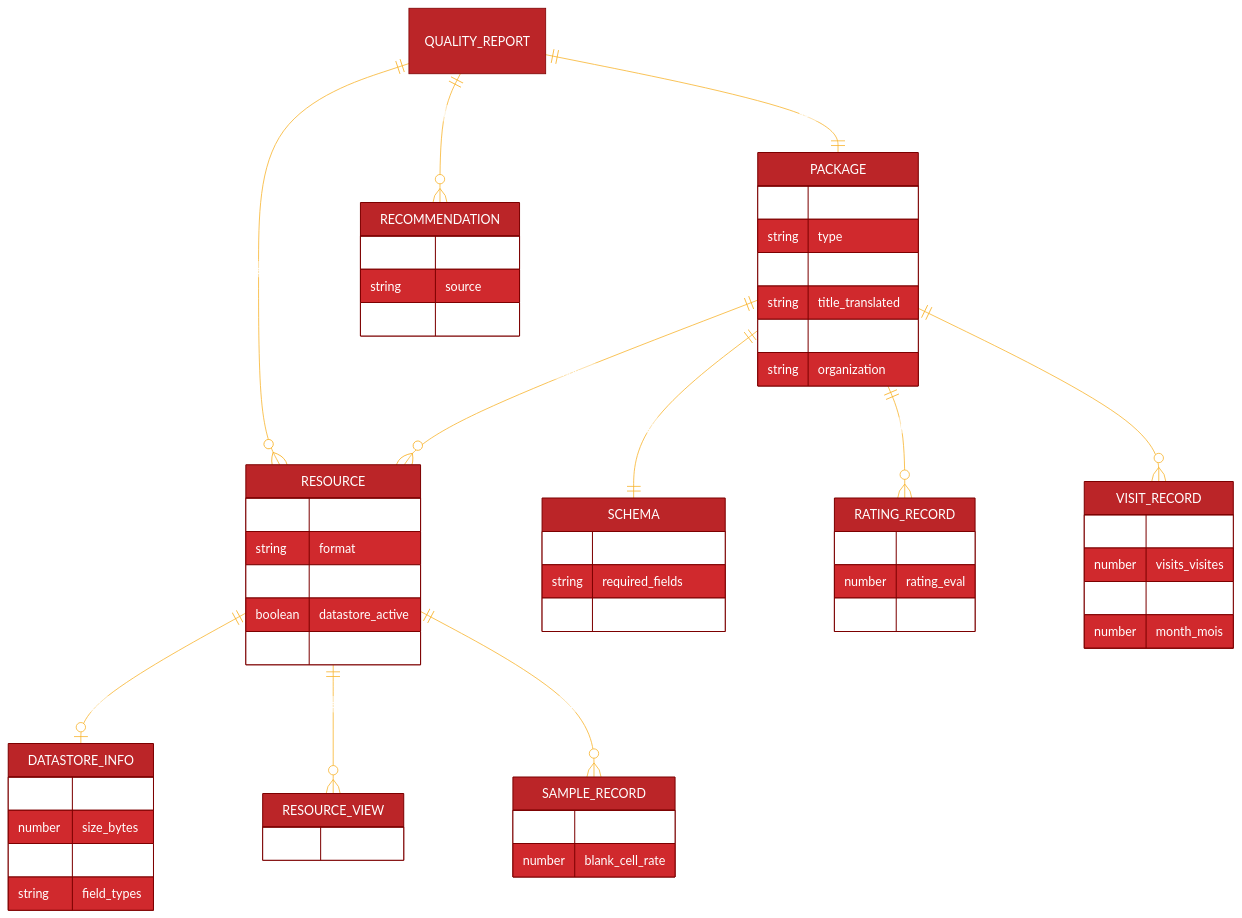
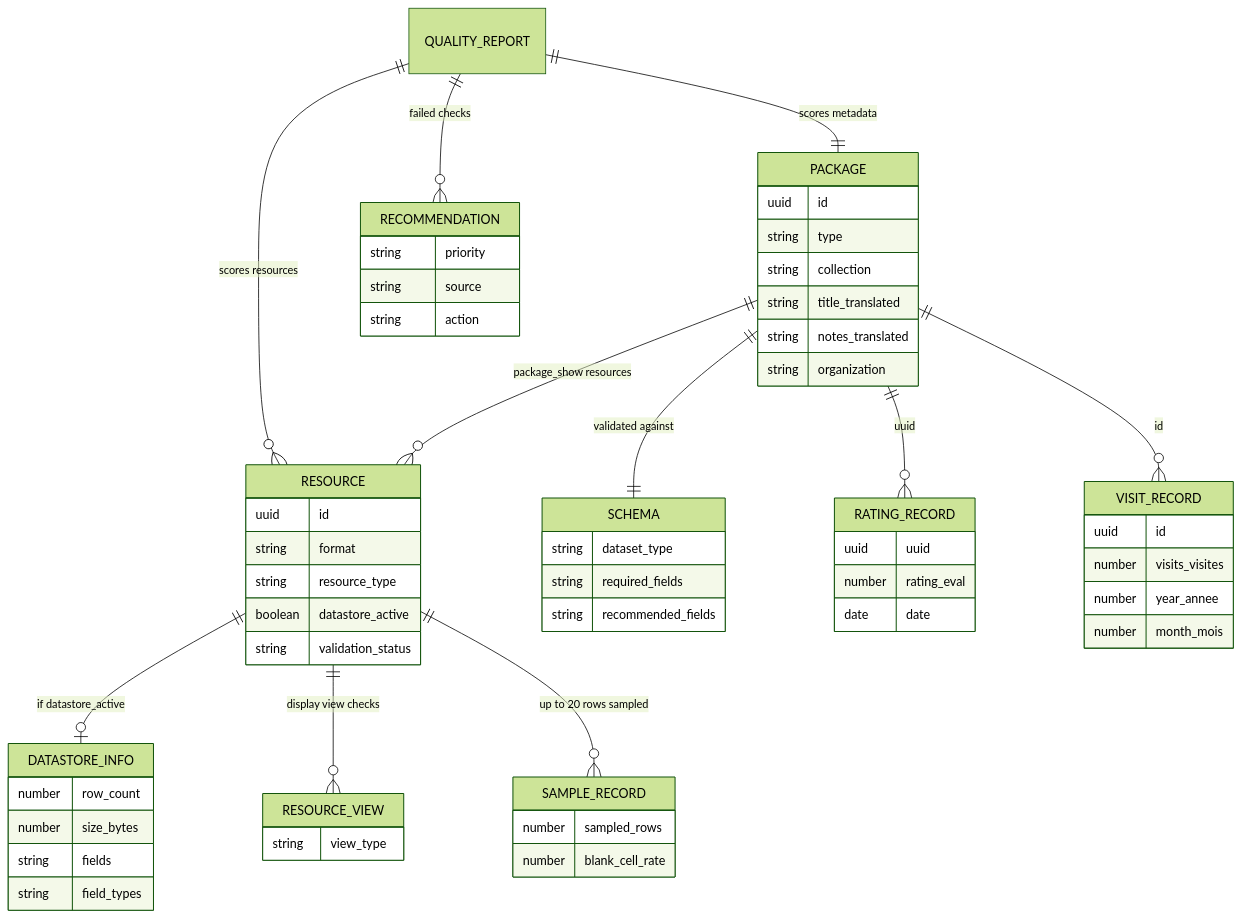
One commit to PatLittle/PatLittle.github.io changed the third of 3 diagrams in _posts/2026-06-16-OpenDataForDataProducts.md. Above: the diagram before and after it, drawn with Mermaid. The commit also changed other lines of this file, not shown here.

````diff
--- a/_posts/2026-06-16-OpenDataForDataProducts.md
+++ b/_posts/2026-06-16-OpenDataForDataProducts.md
@@ -261,74 +254,67 @@
 ```mermaid
 ---
 config:
-  theme: 'base'
-  themeVariables:
-    primaryColor: '#BB2528'
-    primaryTextColor: '#fff'
-    primaryBorderColor: '#7C0000'
-    lineColor: '#F8B229'
-    secondaryColor: '#006100'
-    tertiaryColor: '#fff'
+  theme: 'forest'
 ---
 erDiagram
     PACKAGE ||--o{ RESOURCE : "package_show resources"
     PACKAGE ||--|| SCHEMA : "validated against"
     RESOURCE ||--o| DATASTORE_INFO : "if datastore_active"
     RESOURCE ||--o{ RESOURCE_VIEW : "display view checks"
     RESOURCE ||--o{ SAMPLE_RECORD : "up to 20 rows sampled"
     PACKAGE ||--o{ RATING_RECORD : "uuid"
     PACKAGE ||--o{ VISIT_RECORD : "id"
     QUALITY_REPORT ||--|| PACKAGE : "scores metadata"
     QUALITY_REPORT ||--o{ RESOURCE : "scores resources"
     QUALITY_REPORT ||--o{ RECOMMENDATION : "failed checks"
 
     PACKAGE {
       uuid id
       string type
       string collection
       string title_translated
       string notes_translated
       string organization
     }
     SCHEMA {
       string dataset_type
       string required_fields
       string recommended_fields
     }
     RESOURCE {
       uuid id
       string format
       string resource_type
       boolean datastore_active
       string validation_status
     }
     DATASTORE_INFO {
       number row_count
       number size_bytes
       string fields
       string field_types
     }
     RESOURCE_VIEW {
       string view_type
     }
     SAMPLE_RECORD {
       number sampled_rows
       number blank_cell_rate
     }
     RATING_RECORD {
       uuid uuid
       number rating_eval
       date date
     }
     VISIT_RECORD {
       uuid id
       number visits_visites
       number year_annee
       number month_mois
     }
     RECOMMENDATION {
       string priority
       string source
       string action
     }
 ```
````
